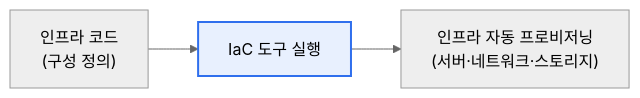
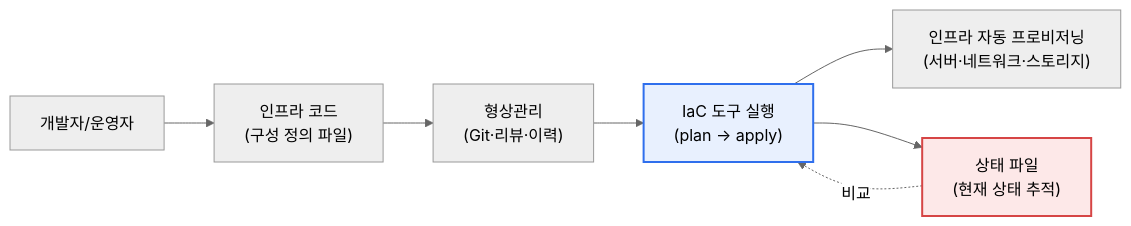
One commit to coninggu/wjdqhrhksflrltnftk changed the first of 2 diagrams in content/iac.md. Above: the diagram before and after it, drawn with Mermaid (neutral theme). The commit also changed other lines of this file and 3 other files, not shown here.

````diff
--- a/content/iac.md
+++ b/content/iac.md
@@ -15,5 +17,11 @@
 ```mermaid
 flowchart LR
-  C["인프라 코드<br/>(구성 정의)"] --> E[IaC 도구 실행] --> I["인프라 자동 프로비저닝<br/>(서버·네트워크·스토리지)"]
-  style E fill:#e8f0fe,stroke:#2f6fed,stroke-width:2px
+  DEV["개발자/운영자"] --> CODE["인프라 코드<br/>(구성 정의 파일)"]
+  CODE --> VCS["형상관리<br/>(Git·리뷰·이력)"]
+  VCS --> TOOL["IaC 도구 실행<br/>(plan → apply)"]
+  TOOL --> CLOUD["인프라 자동 프로비저닝<br/>(서버·네트워크·스토리지)"]
+  TOOL --> STATE["상태 파일<br/>(현재 상태 추적)"]
+  STATE -. 비교 .-> TOOL
+  style TOOL fill:#e8f0fe,stroke:#2f6fed,stroke-width:2px
+  style STATE fill:#fde8e8,stroke:#d64545,stroke-width:2px
 ```
````
